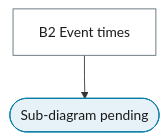
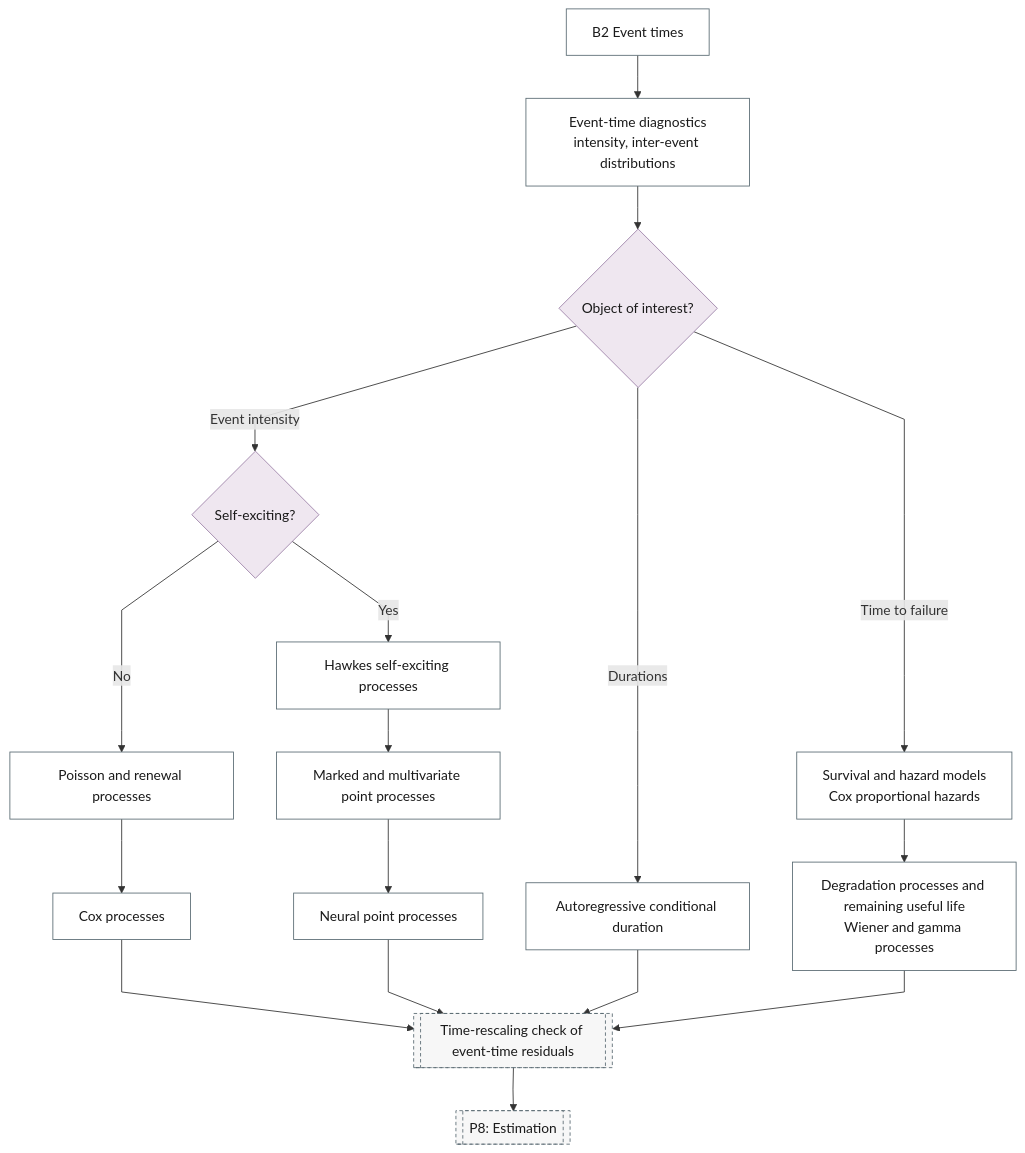
The diagram in docs/reference/17-point-processes/index.md (Shuxin-Y/time-series-analysis-manual), drawn with Mermaid before and after one commit. The commit also changed other lines of this file and 11 other files, not shown here.

First line of the commit message:
feat(flowchart): branch sub-diagrams B1 to B7

````diff
--- a/docs/reference/17-point-processes/index.md
+++ b/docs/reference/17-point-processes/index.md
@@ -7,15 +7,28 @@
 ```mermaid
 %%{init: {"flowchart": {"curve": "linear"}}}%%
 graph TD
-    B2["B2 Event times"] --> B2_PENDING(["Sub-diagram pending"])
-    class B2 process
-    class B2_PENDING terminator
+    B2["B2 Event times"] --> B2_EVENT_EDA["Event-time diagnostics<br/>intensity, inter-event distributions"]
+    B2_EVENT_EDA --> B2_QUESTION{"Object of interest?"}
+    B2_QUESTION -->|"Event intensity"| B2_CLUSTERING{"Self-exciting?"}
+    B2_QUESTION -->|"Durations"| B2_ACD["Autoregressive conditional duration"]
+    B2_QUESTION -->|"Time to failure"| B2_SURVIVAL["Survival and hazard models<br/>Cox proportional hazards"]
+    B2_CLUSTERING -->|"No"| B2_POISSON["Poisson and renewal processes"]
+    B2_CLUSTERING -->|"Yes"| B2_HAWKES["Hawkes self-exciting processes"]
+    B2_POISSON --> B2_COX["Cox processes"]
+    B2_HAWKES --> B2_MARKED["Marked and multivariate point processes"]
+    B2_MARKED --> B2_NEURAL_PP["Neural point processes"]
+    B2_SURVIVAL --> B2_DEGRADATION["Degradation processes and remaining useful life<br/>Wiener and gamma processes"]
+    B2_COX & B2_NEURAL_PP & B2_ACD & B2_DEGRADATION --> P7_RESCALING[["Time-rescaling check of event-time residuals"]]
+    P7_RESCALING --> P8[["P8: Estimation"]]
+    class B2_QUESTION,B2_CLUSTERING decision
+    class B2,B2_EVENT_EDA,B2_ACD,B2_SURVIVAL,B2_POISSON,B2_HAWKES,B2_COX,B2_MARKED,B2_NEURAL_PP,B2_DEGRADATION process
+    class P7_RESCALING,P8 ref
     classDef terminator fill:#E6F2F7,stroke:#007BA7,color:#1A1A1A;
     classDef process fill:#FFFFFF,stroke:#5A6B73,color:#1A1A1A;
     classDef decision fill:#EFE7F0,stroke:#9B7FA7,color:#1A1A1A;
     classDef data fill:#FFF4E0,stroke:#C9A55E,color:#1A1A1A;
     classDef good fill:#DCEFD8,stroke:#4A7A3F,color:#1A1A1A;
     classDef escalate fill:#FFE9C2,stroke:#C9A55E,color:#1A1A1A;
     classDef problem fill:#F2D9DE,stroke:#800020,color:#1A1A1A;
     classDef ref fill:#F7F7F7,stroke:#5A6B73,color:#1A1A1A,stroke-dasharray:4 3;
 ```
````
